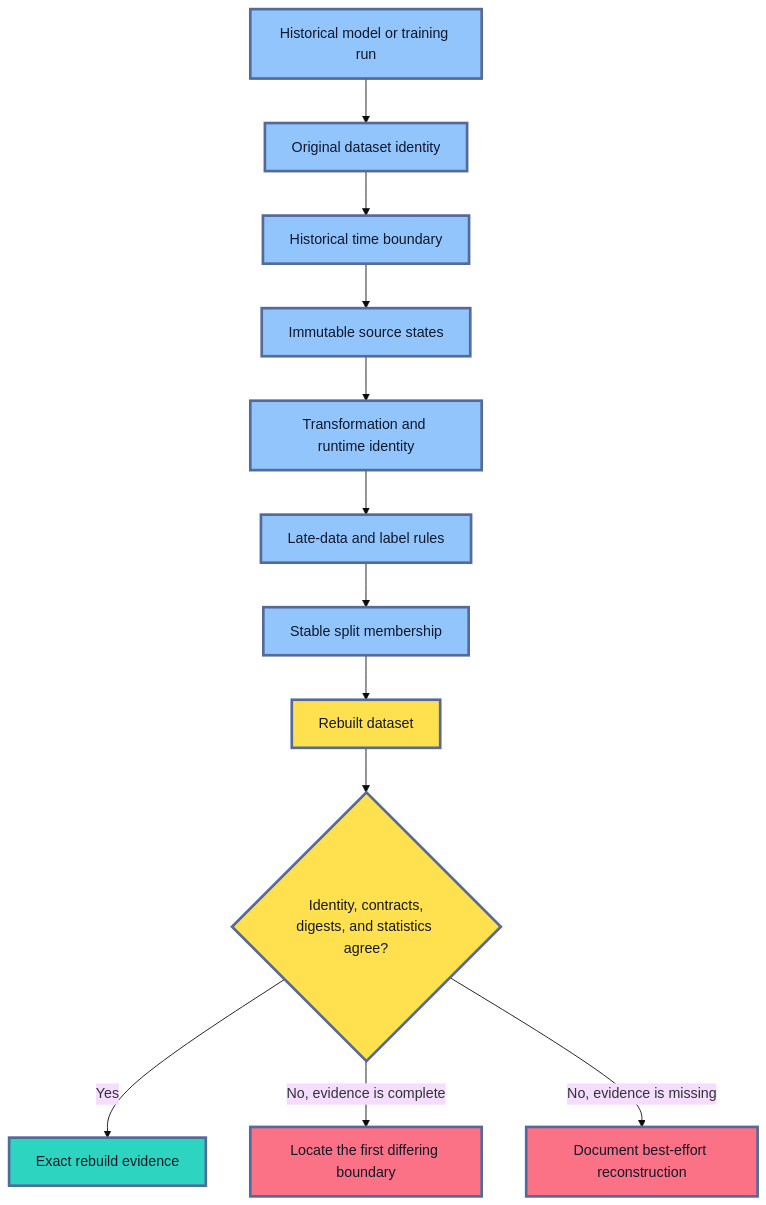
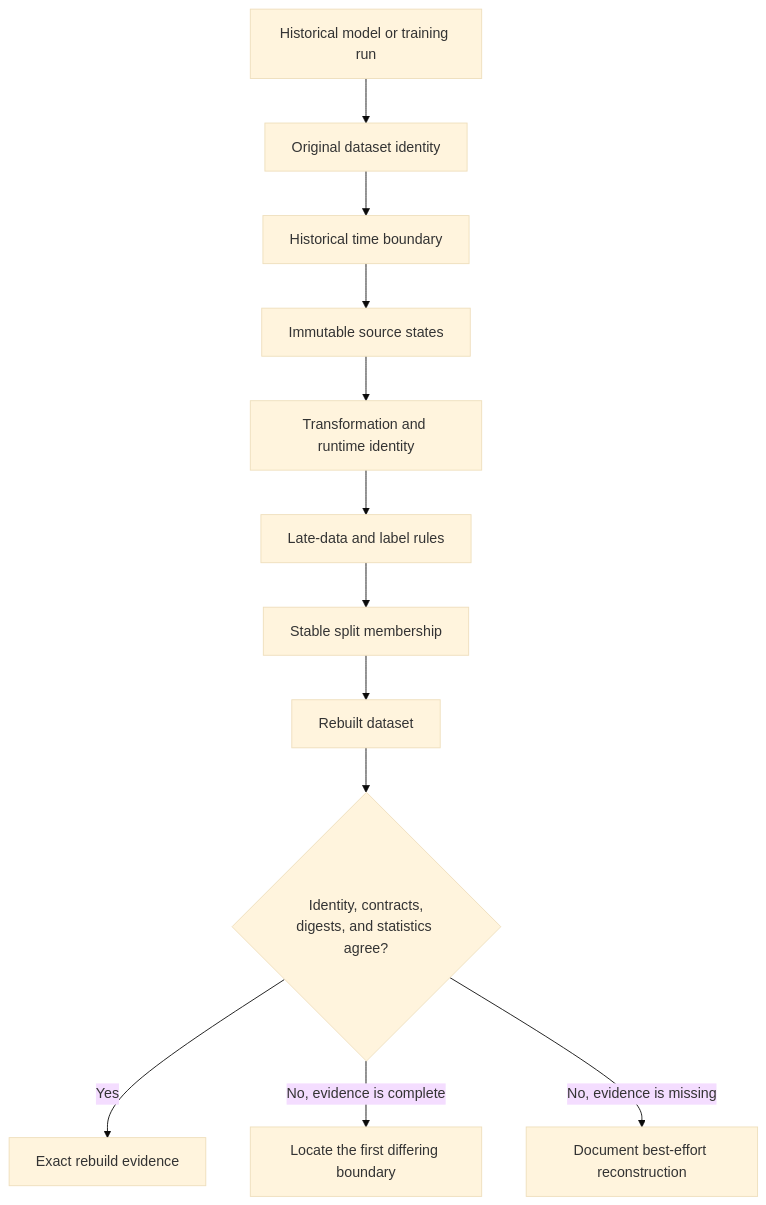
The first of 6 diagrams in roadmaps/mlops/modules/data-for-ml-systems/data-pipelines/03-rebuilding-past-datasets.md (senlinyy/dev-roadmaps), drawn with Mermaid (base theme) before and after one commit. The commit also changed other lines of this file and 152 other files, not shown here.

Commit message:
feat: mlops and diagrams updated

````diff
--- a/roadmaps/mlops/modules/data-for-ml-systems/data-pipelines/03-rebuilding-past-datasets.md
+++ b/roadmaps/mlops/modules/data-for-ml-systems/data-pipelines/03-rebuilding-past-datasets.md
@@ -43,23 +43,19 @@
 ```mermaid
 flowchart TD
     A["Historical model or training run"] --> B["Original dataset identity"]
     B --> C["Historical time boundary"]
     C --> D["Immutable source states"]
     D --> E["Transformation and runtime identity"]
     E --> F["Late-data and label rules"]
     F --> G["Stable split membership"]
     G --> H["Rebuilt dataset"]
     H --> I{"Identity, contracts,<br/>digests, and statistics agree?"}
     I -- "Yes" --> J["Exact rebuild evidence"]
     I -- "No, evidence is complete" --> K["Locate the first differing boundary"]
     I -- "No, evidence is missing" --> L["Document best-effort reconstruction"]
 
-    classDef evidence fill:#93C5FD,stroke:#536A9A,stroke-width:3px,color:#0F172A
-    classDef replay fill:#FFE04F,stroke:#536A9A,stroke-width:3px,color:#111827
-    classDef exact fill:#2DD4BF,stroke:#536A9A,stroke-width:3px,color:#0F172A
-    classDef investigate fill:#FB7185,stroke:#536A9A,stroke-width:3px,color:#111827
     class A,B,C,D,E,F,G evidence
     class H,I replay
     class J exact
     class K,L investigate
 ```
````
